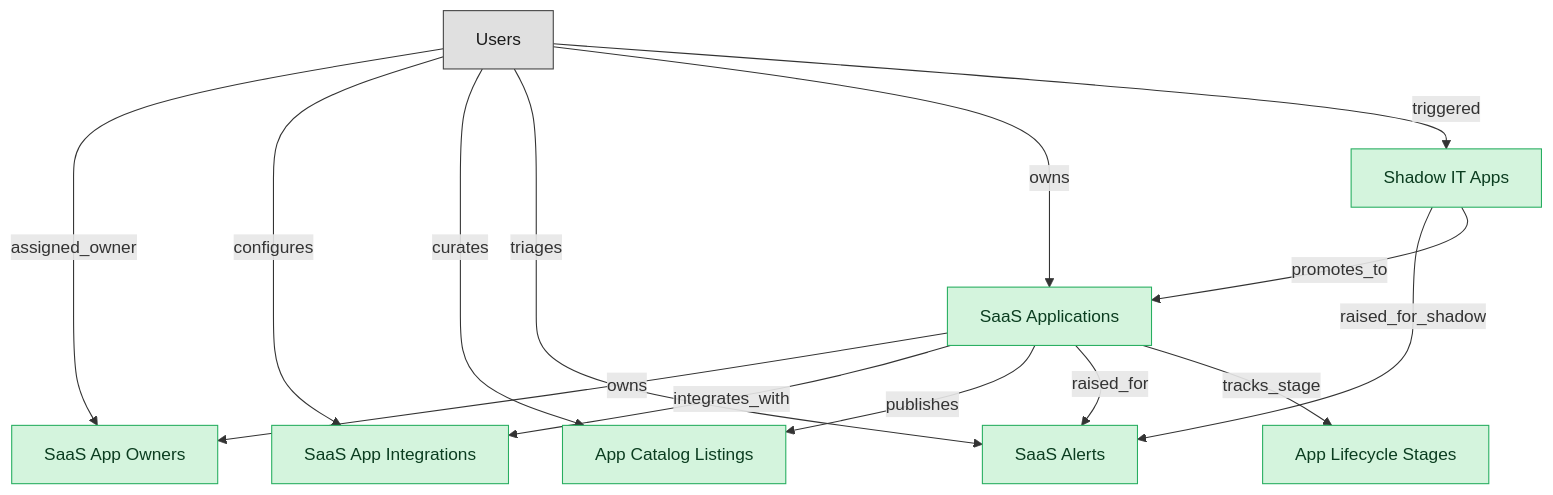
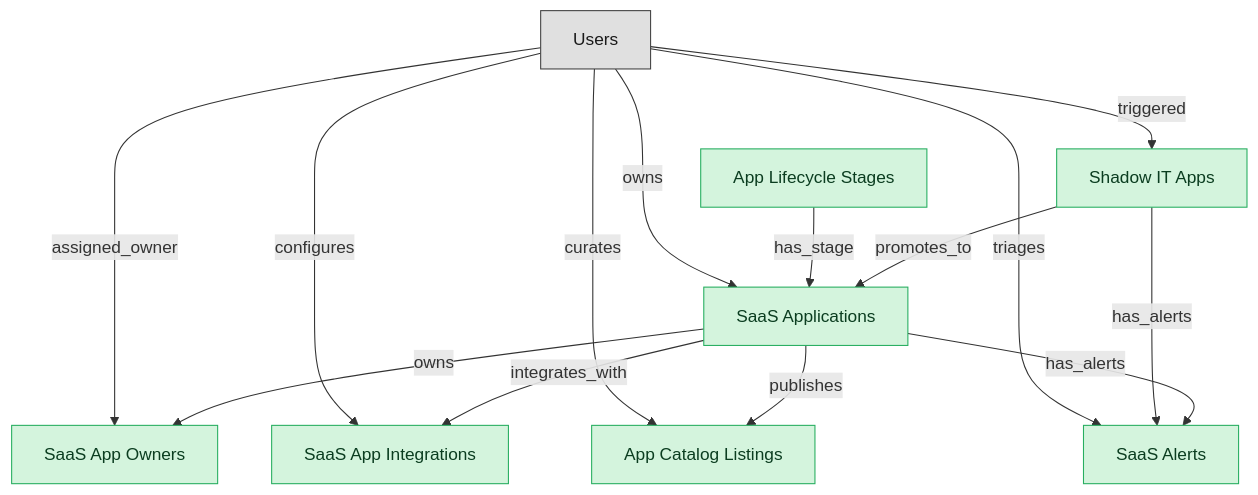
One commit to IntranetFactory/domain-map changed the diagram in catalog/blueprints/smp-discovery-semantic-blueprint.md. Above: the diagram before and after it, drawn with Mermaid. The commit also changed other lines of this file and 122 other files, not shown here.

````diff
--- a/catalog/blueprints/smp-discovery-semantic-blueprint.md
+++ b/catalog/blueprints/smp-discovery-semantic-blueprint.md
@@ -36,34 +37,34 @@
 ```mermaid
 flowchart TD
   classDef master fill:#d4f4dd,stroke:#27ae60,color:#0b3d20;
   classDef platform_builtin fill:#e0e0e0,stroke:#424242,color:#1a1a1a;
   saas_applications["SaaS Applications"]
   shadow_it_apps["Shadow IT Apps"]
   smp_app_owners["SaaS App Owners"]
   smp_app_integrations["SaaS App Integrations"]
   smp_app_catalog_listings["App Catalog Listings"]
   smp_alerts["SaaS Alerts"]
   smp_app_lifecycle_stages["App Lifecycle Stages"]
   users["Users"]
+  shadow_it_apps -->|"promotes_to"| saas_applications
   saas_applications -->|"owns"| smp_app_owners
   saas_applications -->|"integrates_with"| smp_app_integrations
   saas_applications -->|"publishes"| smp_app_catalog_listings
-  saas_applications -->|"raised_for"| smp_alerts
-  shadow_it_apps -->|"raised_for_shadow"| smp_alerts
-  saas_applications -->|"tracks_stage"| smp_app_lifecycle_stages
-  shadow_it_apps -->|"promotes_to"| saas_applications
+  saas_applications -->|"has_alerts"| smp_alerts
+  shadow_it_apps -->|"has_alerts"| smp_alerts
+  smp_app_lifecycle_stages -->|"has_stage"| saas_applications
+  users -->|"owns"| saas_applications
+  users -->|"triggered"| shadow_it_apps
   users -->|"assigned_owner"| smp_app_owners
   users -->|"configures"| smp_app_integrations
   users -->|"curates"| smp_app_catalog_listings
   users -->|"triages"| smp_alerts
-  users -->|"owns"| saas_applications
-  users -->|"triggered"| shadow_it_apps
   class saas_applications master;
   class shadow_it_apps master;
   class smp_app_owners master;
   class smp_app_integrations master;
   class smp_app_catalog_listings master;
   class smp_alerts master;
   class smp_app_lifecycle_stages master;
   class users platform_builtin;
 ```
````
